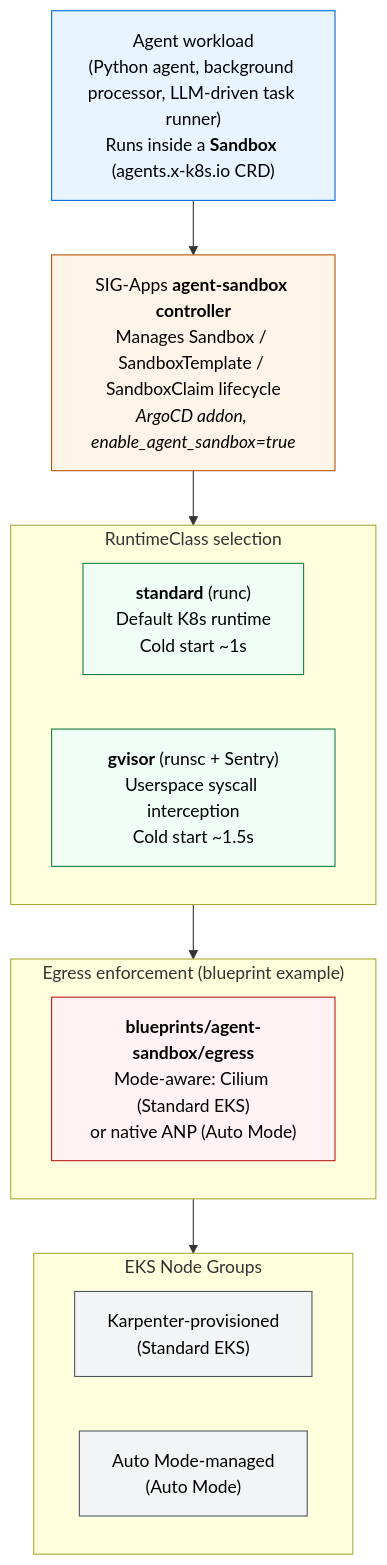
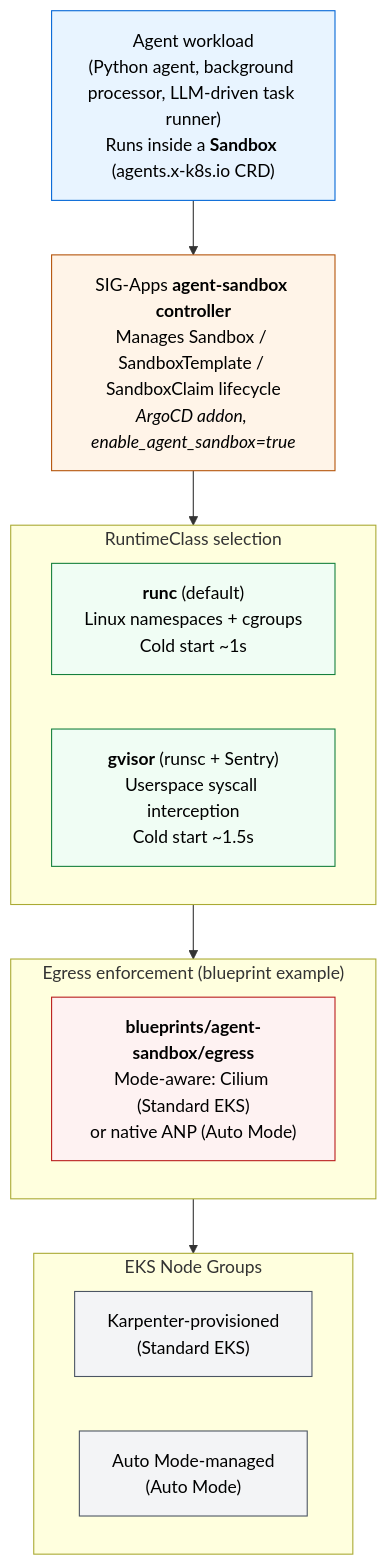
One commit to awslabs/ai-on-eks changed the diagram in infra/agent-sandbox/README.md. Above: the diagram before and after it, drawn with Mermaid. The commit also changed other lines of this file and 14 other files, not shown here.

````diff
--- a/infra/agent-sandbox/README.md
+++ b/infra/agent-sandbox/README.md
@@ -35,34 +35,34 @@
 ```mermaid
 flowchart TB
     classDef workload fill:#e8f4ff,stroke:#0366d6,color:#000
     classDef controller fill:#fff4e8,stroke:#b45309,color:#000
     classDef runtime fill:#f0fdf4,stroke:#15803d,color:#000
     classDef egress fill:#fef2f2,stroke:#b91c1c,color:#000
     classDef node fill:#f3f4f6,stroke:#4b5563,color:#000
 
     A["Agent workload<br/>(Python agent, background processor, LLM-driven task runner)<br/>Runs inside a <b>Sandbox</b> (agents.x-k8s.io CRD)"]:::workload
 
     B["SIG-Apps <b>agent-sandbox controller</b><br/>Manages Sandbox / SandboxTemplate / SandboxClaim lifecycle<br/><i>ArgoCD addon, enable_agent_sandbox=true</i>"]:::controller
 
     subgraph C["RuntimeClass selection"]
         direction LR
-        C1["<b>standard</b> (runc)<br/>Default K8s runtime<br/>Cold start ~1s"]:::runtime
+        C1["<b>runc</b> (default)<br/>Linux namespaces + cgroups<br/>Cold start ~1s"]:::runtime
         C2["<b>gvisor</b> (runsc + Sentry)<br/>Userspace syscall interception<br/>Cold start ~1.5s"]:::runtime
     end
 
     subgraph D["Egress enforcement (blueprint example)"]
         direction LR
         D1["<b>blueprints/agent-sandbox/egress</b><br/>Mode-aware: Cilium (Standard EKS)<br/>or native ANP (Auto Mode)"]:::egress
     end
 
     subgraph E["EKS Node Groups"]
         direction LR
         E1["Karpenter-provisioned<br/>(Standard EKS)"]:::node
         E2["Auto Mode-managed<br/>(Auto Mode)"]:::node
     end
 
     A --> B
     B --> C
     C --> D
     D --> E
 ```
````
